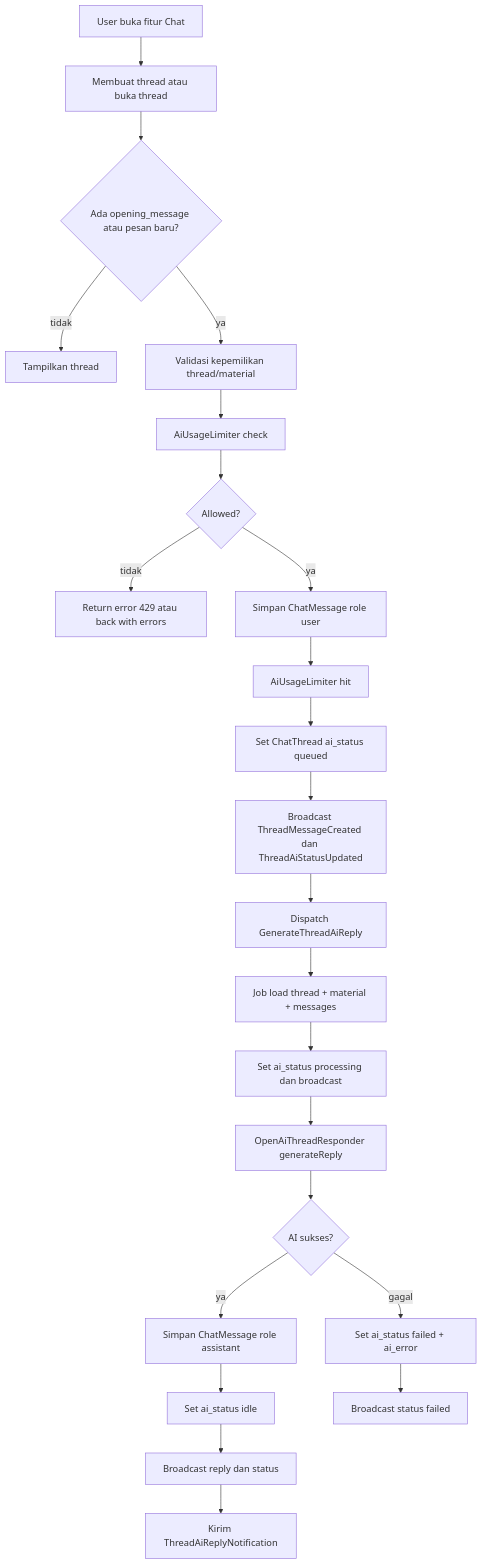
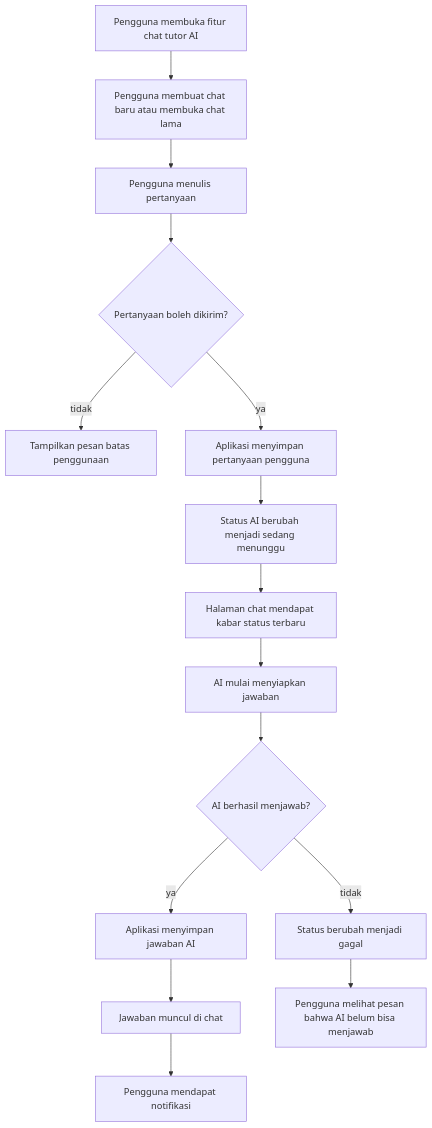
One commit to M-Aqilaz/Pelajarin.ai changed the third of 10 diagrams in DIAGRAM_REPOSITORY.md. Above: the diagram before and after it, drawn with Mermaid. The commit also changed other lines of this file, not shown here.

````diff
--- a/DIAGRAM_REPOSITORY.md
+++ b/DIAGRAM_REPOSITORY.md
@@ -227,25 +204,17 @@
 ```mermaid
 flowchart TD
-    A[User buka fitur Chat] --> B[Membuat thread atau buka thread]
-    B --> C{Ada opening_message atau pesan baru?}
-    C -- tidak --> D[Tampilkan thread]
-    C -- ya --> E[Validasi kepemilikan thread/material]
-    E --> F[AiUsageLimiter check]
-    F --> G{Allowed?}
-    G -- tidak --> H[Return error 429 atau back with errors]
-    G -- ya --> I[Simpan ChatMessage role user]
-    I --> J[AiUsageLimiter hit]
-    J --> K[Set ChatThread ai_status queued]
-    K --> L[Broadcast ThreadMessageCreated dan ThreadAiStatusUpdated]
-    L --> M[Dispatch GenerateThreadAiReply]
-    M --> N[Job load thread + material + messages]
-    N --> O[Set ai_status processing dan broadcast]
-    O --> P[OpenAiThreadResponder generateReply]
-    P --> Q{AI sukses?}
-    Q -- ya --> R[Simpan ChatMessage role assistant]
-    R --> S[Set ai_status idle]
-    S --> T[Broadcast reply dan status]
-    T --> U[Kirim ThreadAiReplyNotification]
-    Q -- gagal --> V[Set ai_status failed + ai_error]
-    V --> W[Broadcast status failed]
+    A[Pengguna membuka fitur chat tutor AI] --> B[Pengguna membuat chat baru atau membuka chat lama]
+    B --> C[Pengguna menulis pertanyaan]
+    C --> D{Pertanyaan boleh dikirim?}
+    D -- tidak --> E[Tampilkan pesan batas penggunaan]
+    D -- ya --> F[Aplikasi menyimpan pertanyaan pengguna]
+    F --> G[Status AI berubah menjadi sedang menunggu]
+    G --> H[Halaman chat mendapat kabar status terbaru]
+    H --> I[AI mulai menyiapkan jawaban]
+    I --> J{AI berhasil menjawab?}
+    J -- ya --> K[Aplikasi menyimpan jawaban AI]
+    K --> L[Jawaban muncul di chat]
+    L --> M[Pengguna mendapat notifikasi]
+    J -- tidak --> N[Status berubah menjadi gagal]
+    N --> O[Pengguna melihat pesan bahwa AI belum bisa menjawab]
 ```
````
